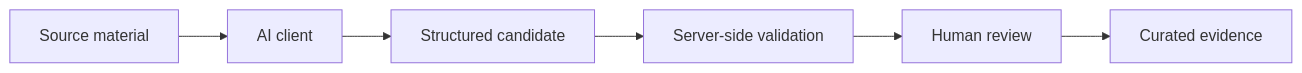
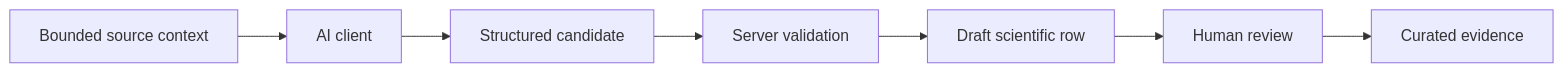
The diagram in docs/ai-integration.md (Niedharsan/meta-analysis-platform), drawn with Mermaid before and after one commit. The commit also changed other lines of this file and 11 other files, not shown here.

````diff
--- a/docs/ai-integration.md
+++ b/docs/ai-integration.md
@@ -9,8 +7,9 @@
 ```mermaid
 flowchart LR
-    A[Source material] --> B[AI client]
+    A[Bounded source context] --> B[AI client]
     B --> C[Structured candidate]
-    C --> D[Server-side validation]
-    D --> E[Human review]
-    E --> F[Curated evidence]
+    C --> D[Server validation]
+    D --> E[Draft scientific row]
+    E --> F[Human review]
+    F --> G[Curated evidence]
 ```
````
